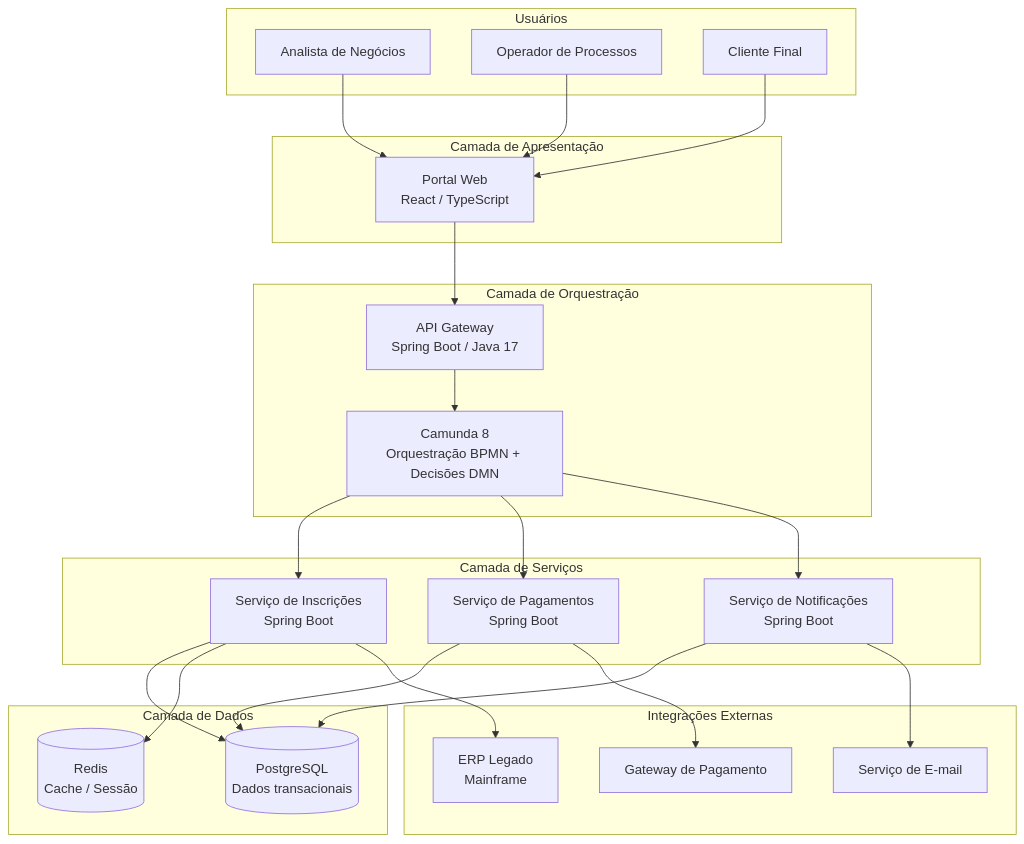
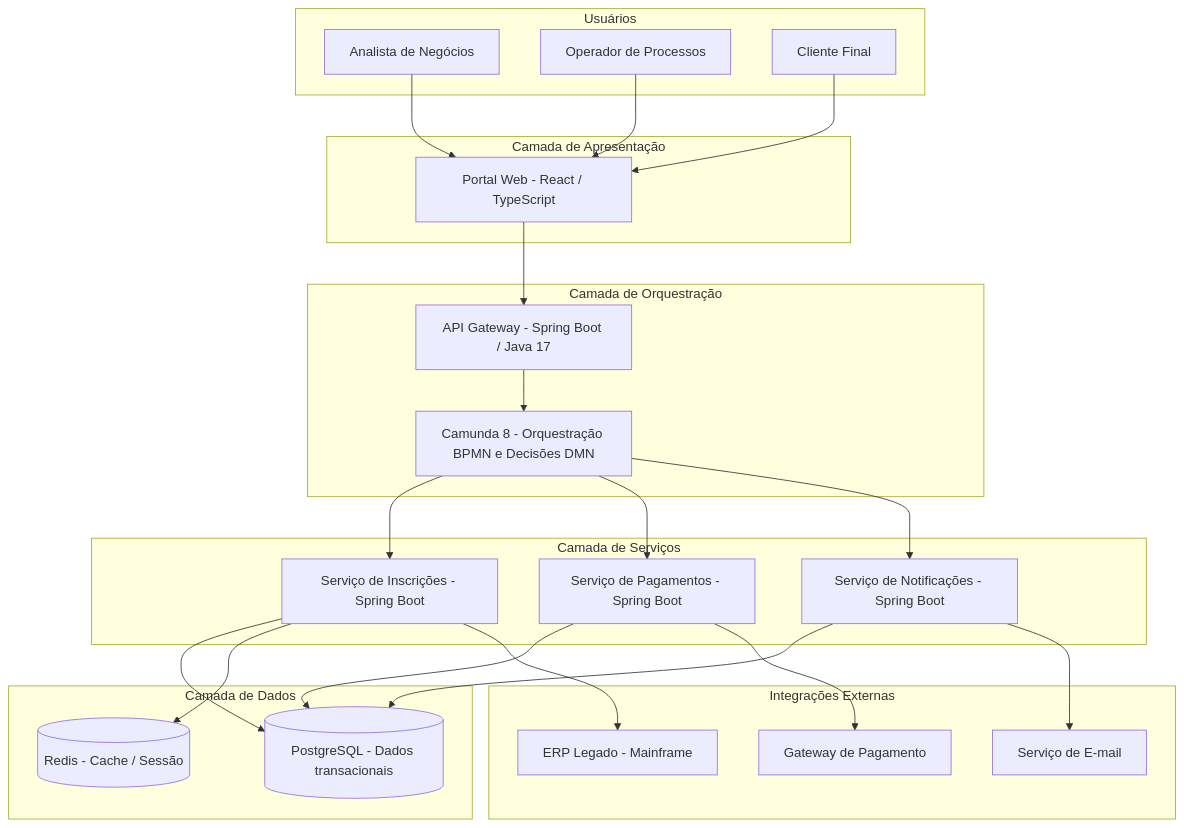
Before and after one commit to pedroevs/documentacao-arquitetura-hiperautomacao: the diagram in docs/diagrama-containers.mmd, drawn with Mermaid.

Commit message:
Refactor labels in container diagram for clarity

```diff
--- a/docs/diagrama-containers.mmd
+++ b/docs/diagrama-containers.mmd
@@ -1,48 +1,48 @@
 flowchart TB
     subgraph Usuarios["Usuários"]
         U1[Analista de Negócios]
         U2[Operador de Processos]
         U3[Cliente Final]
     end
- 
+
     subgraph Apresentacao["Camada de Apresentação"]
-        WEB[Portal Web<br/>React / TypeScript]
+        WEB[Portal Web - React / TypeScript]
     end
- 
+
     subgraph Orquestracao["Camada de Orquestração"]
-        API[API Gateway<br/>Spring Boot / Java 17]
-        CAM[Camunda 8<br/>Orquestração BPMN + Decisões DMN]
+        API[API Gateway - Spring Boot / Java 17]
+        CAM[Camunda 8 - Orquestração BPMN e Decisões DMN]
     end
- 
+
     subgraph Servicos["Camada de Serviços"]
-        SVC_INS[Serviço de Inscrições<br/>Spring Boot]
-        SVC_PAG[Serviço de Pagamentos<br/>Spring Boot]
-        SVC_NOT[Serviço de Notificações<br/>Spring Boot]
+        SVC_INS[Serviço de Inscrições - Spring Boot]
+        SVC_PAG[Serviço de Pagamentos - Spring Boot]
+        SVC_NOT[Serviço de Notificações - Spring Boot]
     end
- 
+
     subgraph Dados["Camada de Dados"]
-        PG[(PostgreSQL<br/>Dados transacionais)]
-        RD[(Redis<br/>Cache / Sessão)]
+        PG[(PostgreSQL - Dados transacionais)]
+        RD[(Redis - Cache / Sessão)]
     end
- 
+
     subgraph Externos["Integrações Externas"]
-        ERP[ERP Legado<br/>Mainframe]
+        ERP[ERP Legado - Mainframe]
         PAY[Gateway de Pagamento]
         MAIL[Serviço de E-mail]
     end
- 
+
     U1 --> WEB
     U2 --> WEB
     U3 --> WEB
     WEB --> API
     API --> CAM
     CAM --> SVC_INS
     CAM --> SVC_PAG
     CAM --> SVC_NOT
     SVC_INS --> PG
     SVC_PAG --> PG
     SVC_NOT --> PG
     SVC_INS --> RD
     SVC_PAG --> PAY
     SVC_NOT --> MAIL
     SVC_INS --> ERP
```
